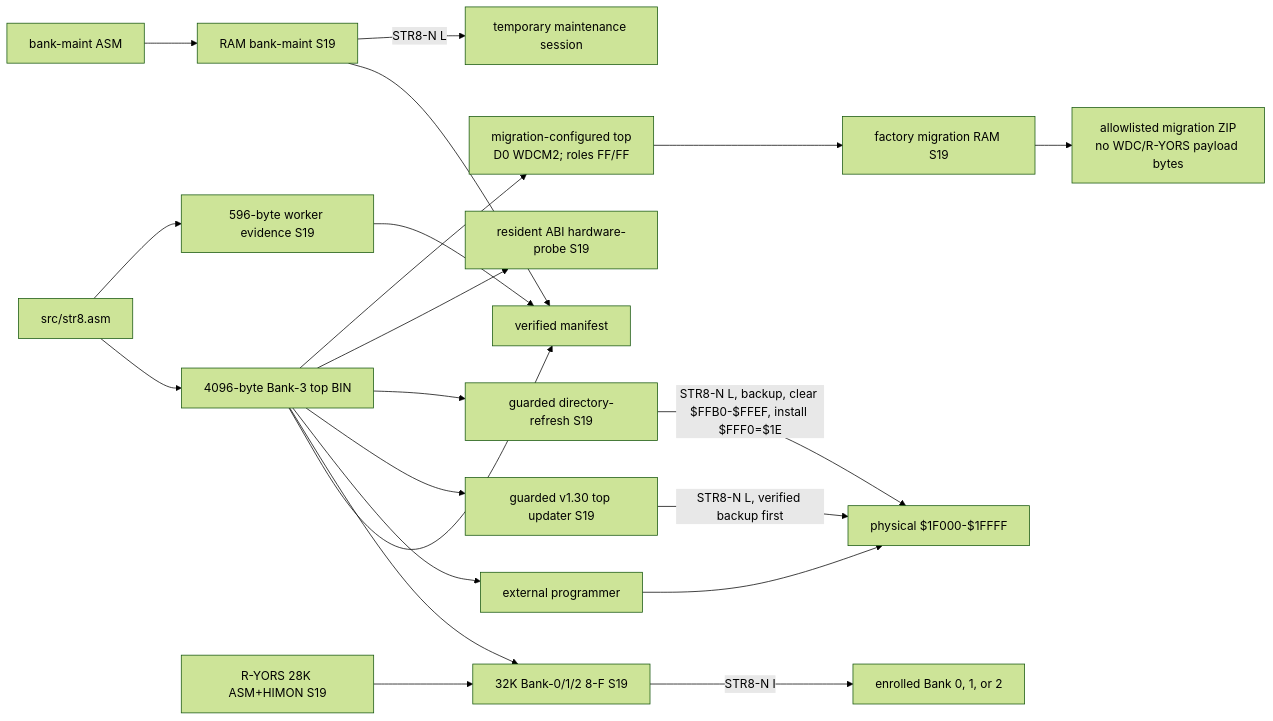
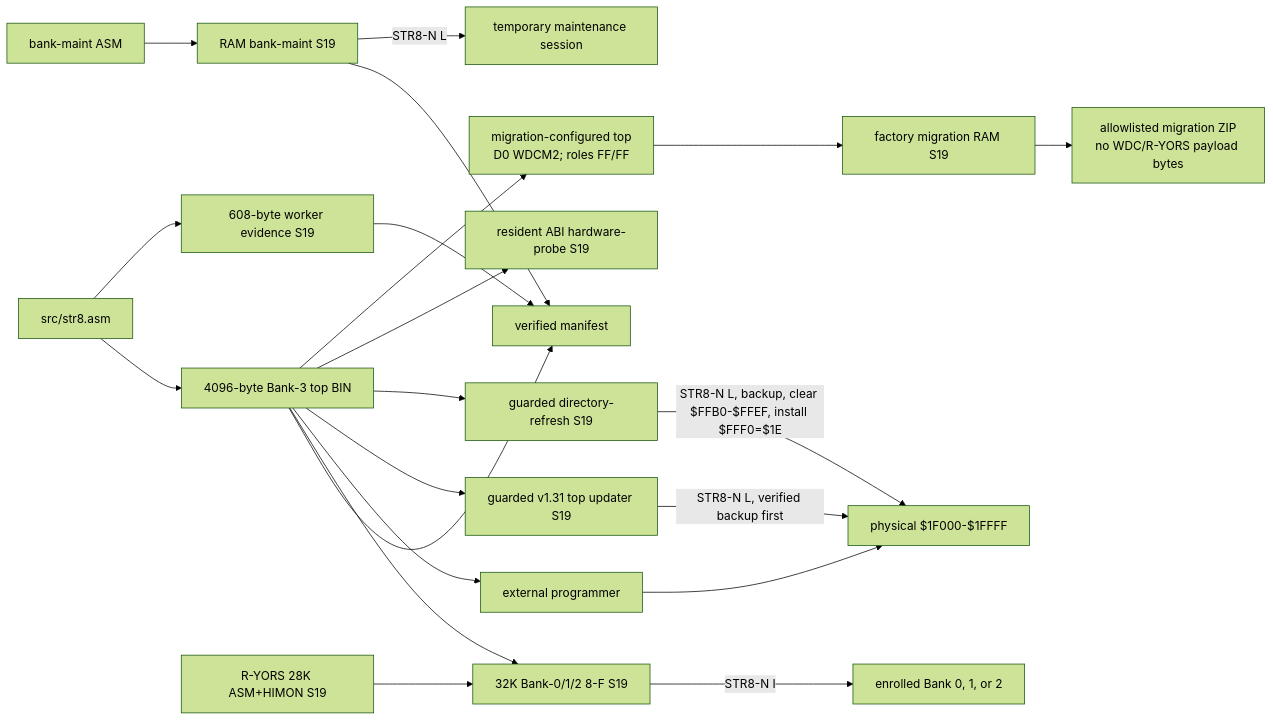
Before and after one commit to 95westus/STR8-N: the second of 14 diagrams in docs/MAPS.md, drawn with Mermaid (forest theme). The commit also changed other lines of this file and 56 other files, not shown here.

````diff
--- a/docs/MAPS.md
+++ b/docs/MAPS.md
@@ -38,23 +38,23 @@
 ```mermaid
 flowchart LR
     SRC[src/str8.asm] --> TOP[4096-byte Bank-3 top BIN]
-    SRC --> WORKER[596-byte worker evidence S19]
+    SRC --> WORKER[608-byte worker evidence S19]
     BM_SRC[bank-maint ASM] --> BM[RAM bank-maint S19]
     TOP --> MANIFEST[verified manifest]
     WORKER --> MANIFEST
     BM --> MANIFEST
     RY[R-YORS 28K ASM+HIMON S19] --> FULL[32K Bank-0/1/2 8-F S19]
     TOP --> FULL
     TOP --> PROGRAMMER[external programmer]
     PROGRAMMER --> B3F[physical $1F000-$1FFFF]
-    TOP --> UPDATE[guarded v1.30 top updater S19]
+    TOP --> UPDATE[guarded v1.31 top updater S19]
     UPDATE -->|STR8-N L, verified backup first| B3F
     TOP --> REFRESH[guarded directory-refresh S19]
     REFRESH -->|STR8-N L, backup, clear $FFB0-$FFEF, install $FFF0=$1E| B3F
     TOP --> ABI_TEST[resident ABI hardware-probe S19]
     BM -->|STR8-N L| RAM_TOOL[temporary maintenance session]
     FULL -->|STR8-N I| GUEST[enrolled Bank 0, 1, or 2]
     TOP --> WDC_TOP[migration-configured top<br/>D0 WDCM2; roles FF/FF]
     WDC_TOP --> WDC_INSTALL[factory migration RAM S19]
     WDC_INSTALL --> KIT[allowlisted migration ZIP<br/>no WDC/R-YORS payload bytes]
 ```
````
